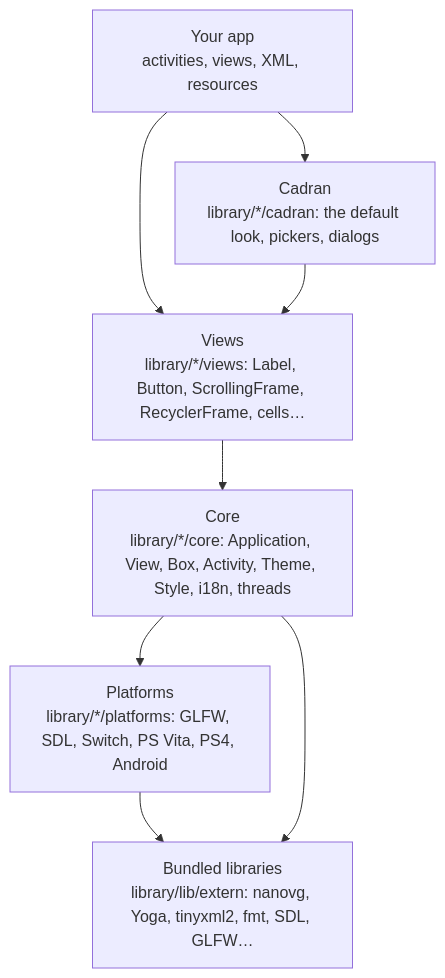
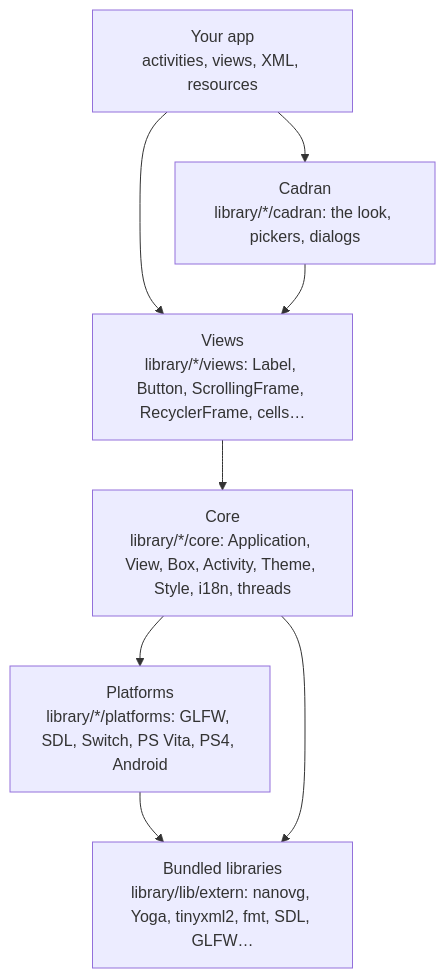
One commit to JigSawFr/Aurore changed the diagram in docs/architecture.md. Above: the diagram before and after it, drawn with Mermaid. The commit also changed other lines of this file and 42 other files, not shown here.

First line of the commit message:
refactor(api)!: Cadran is Aurore's only look, setCadran() is gone (#86)

````diff
--- a/docs/architecture.md
+++ b/docs/architecture.md
@@ -7,16 +7,16 @@
 ```mermaid
 flowchart TB
     app["Your app<br/>activities, views, XML, resources"]
-    cadran["Cadran<br/>library/*/cadran: the default look, pickers, dialogs"]
+    cadran["Cadran<br/>library/*/cadran: the look, pickers, dialogs"]
     views["Views<br/>library/*/views: Label, Button, ScrollingFrame, RecyclerFrame, cells…"]
     core["Core<br/>library/*/core: Application, View, Box, Activity, Theme, Style, i18n, threads"]
     platforms["Platforms<br/>library/*/platforms: GLFW, SDL, Switch, PS Vita, PS4, Android"]
     extern["Bundled libraries<br/>library/lib/extern: nanovg, Yoga, tinyxml2, fmt, SDL, GLFW…"]
     app --> cadran
     app --> views
     cadran --> views
     views --> core
     core --> platforms
     platforms --> extern
     core --> extern
 ```
````
